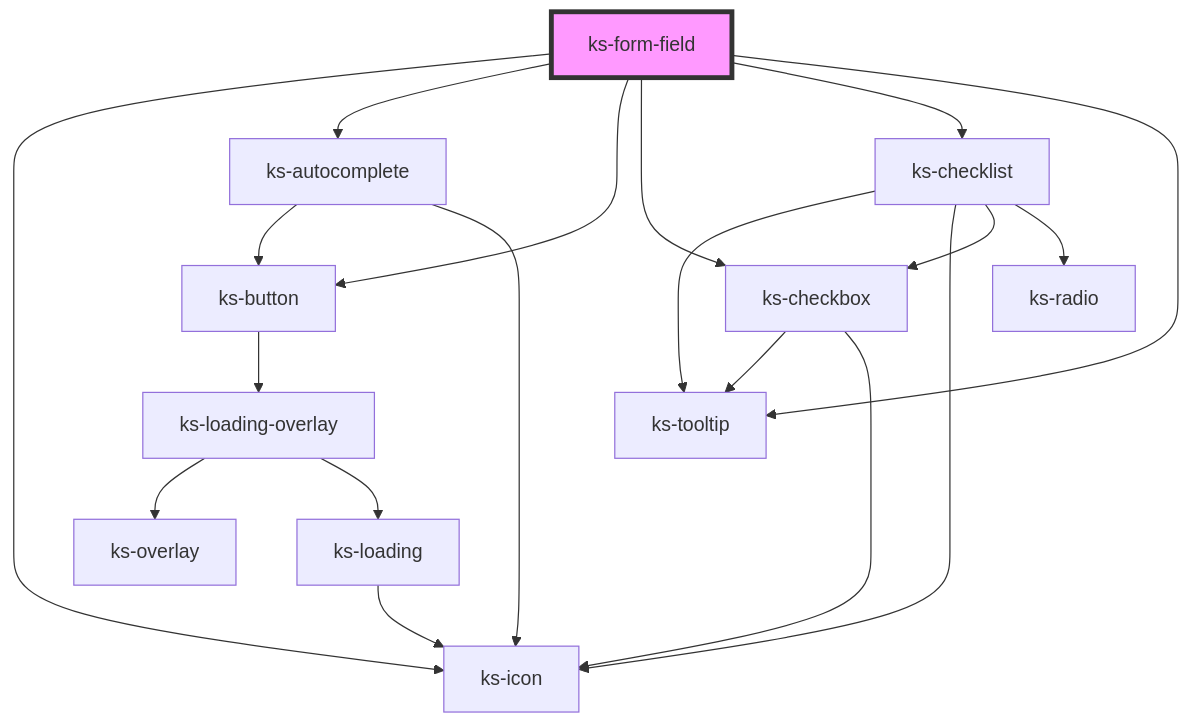
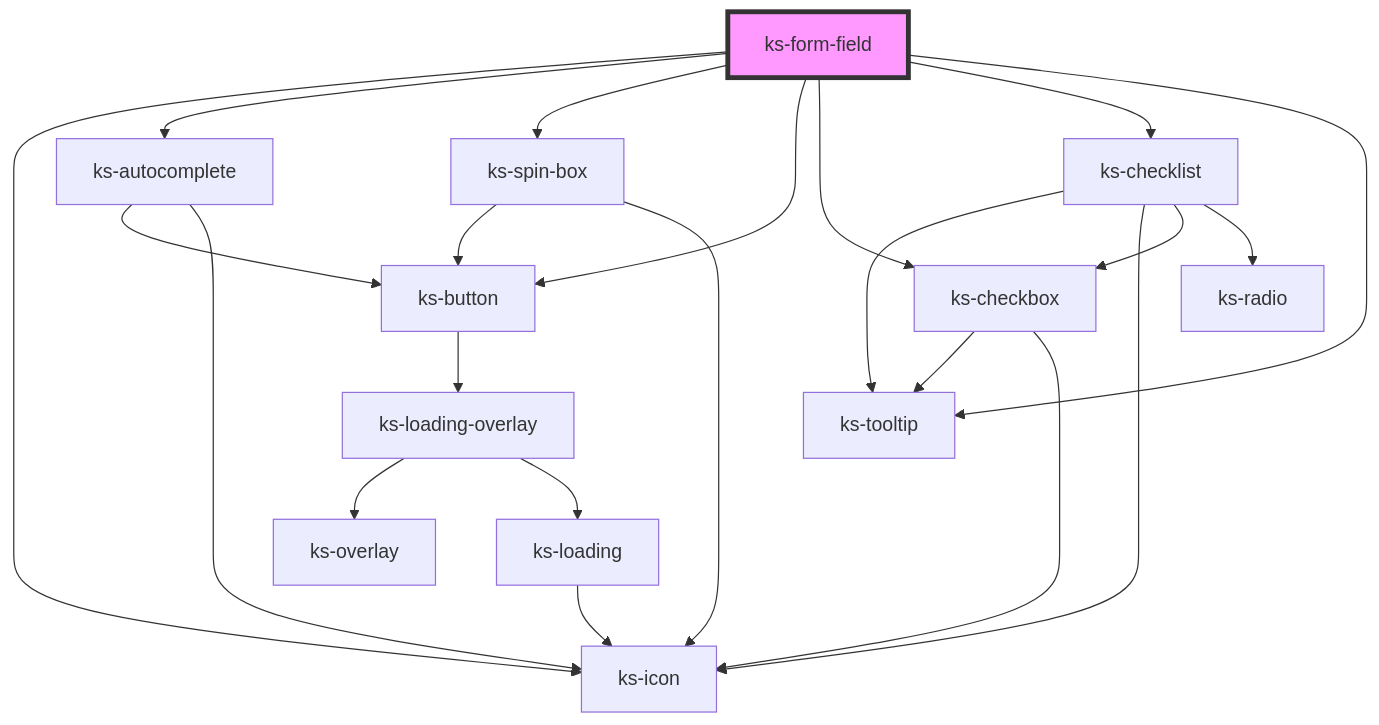
One commit to kickstand-ui/kickstand-ui changed the diagram in src/scripts/components/form-field/readme.md. Above: the diagram before and after it, drawn with Mermaid. The commit also changed other lines of this file and 13 other files, not shown here.

Commit message:
add spin-box to form field component

````diff
--- a/src/scripts/components/form-field/readme.md
+++ b/src/scripts/components/form-field/readme.md
@@ -83,22 +84,25 @@
 ```mermaid
 graph TD;
   ks-form-field --> ks-icon
   ks-form-field --> ks-autocomplete
+  ks-form-field --> ks-spin-box
   ks-form-field --> ks-button
   ks-form-field --> ks-checkbox
   ks-form-field --> ks-checklist
   ks-form-field --> ks-tooltip
   ks-autocomplete --> ks-button
   ks-autocomplete --> ks-icon
   ks-button --> ks-loading-overlay
   ks-loading-overlay --> ks-overlay
   ks-loading-overlay --> ks-loading
   ks-loading --> ks-icon
+  ks-spin-box --> ks-button
+  ks-spin-box --> ks-icon
   ks-checkbox --> ks-tooltip
   ks-checkbox --> ks-icon
   ks-checklist --> ks-tooltip
   ks-checklist --> ks-icon
   ks-checklist --> ks-checkbox
   ks-checklist --> ks-radio
   style ks-form-field fill:#f9f,stroke:#333,stroke-width:4px
 ```
````
